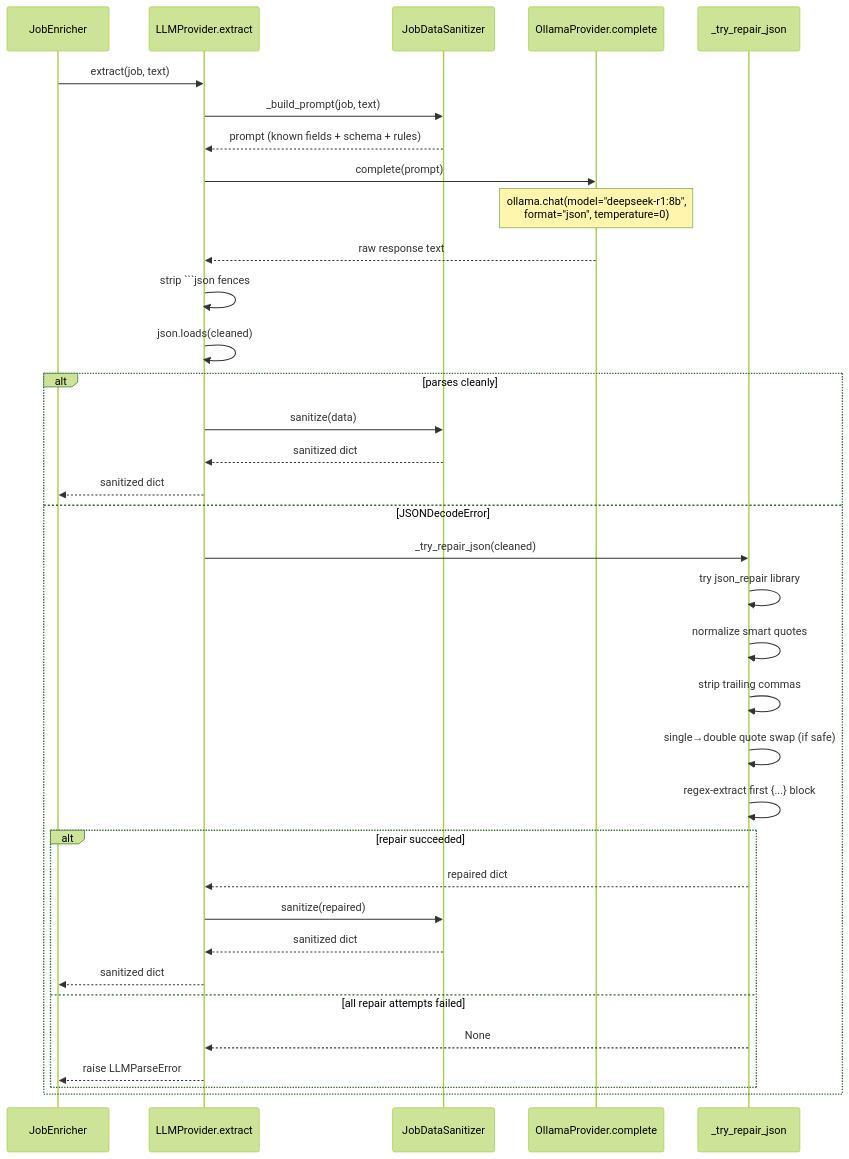
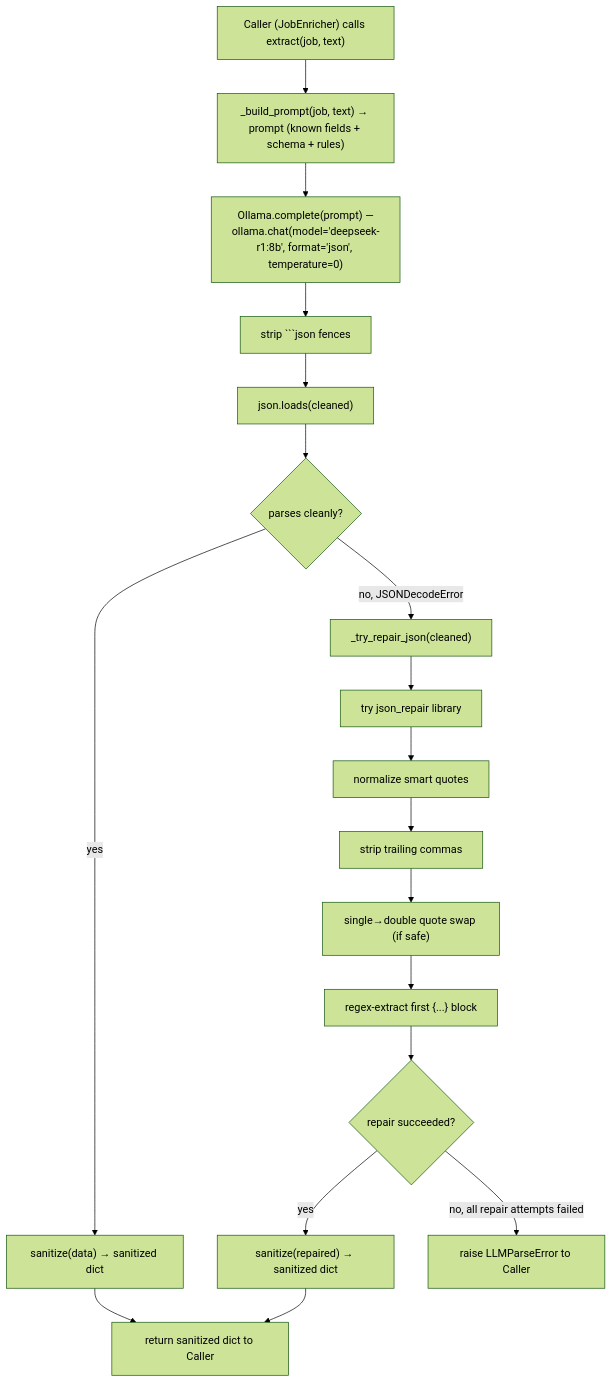
The diagram in docs/diagrams/llm_seq.md (AustinDwomoh/libra), drawn with Mermaid (forest theme) before and after one commit. The commit also changed 17 other files, not shown here.

First line of the commit message:
Convert Mermaid sequences to flowcharts

````diff
--- a/docs/diagrams/llm_seq.md
+++ b/docs/diagrams/llm_seq.md
@@ -1,40 +1,21 @@
 ```mermaid
-%% sequenceDiagram — LLMProvider.extract() with JSON repair pipeline
-sequenceDiagram
-    participant Caller as JobEnricher
-    participant LP as LLMProvider.extract
-    participant San as JobDataSanitizer
-    participant Ollama as OllamaProvider.complete
-    participant Repair as _try_repair_json
-
-    Caller->>LP: extract(job, text)
-    LP->>San: _build_prompt(job, text)
-    San-->>LP: prompt (known fields + schema + rules)
-    LP->>Ollama: complete(prompt)
-    Note over Ollama: ollama.chat(model="deepseek-r1:8b",<br/>format="json", temperature=0)
-    Ollama-->>LP: raw response text
-    LP->>LP: strip ```json fences
-
-    LP->>LP: json.loads(cleaned)
-    alt parses cleanly
-        LP->>San: sanitize(data)
-        San-->>LP: sanitized dict
-        LP-->>Caller: sanitized dict
-    else JSONDecodeError
-        LP->>Repair: _try_repair_json(cleaned)
-        Repair->>Repair: try json_repair library
-        Repair->>Repair: normalize smart quotes
-        Repair->>Repair: strip trailing commas
-        Repair->>Repair: single→double quote swap (if safe)
-        Repair->>Repair: regex-extract first {...} block
-        alt repair succeeded
-            Repair-->>LP: repaired dict
-            LP->>San: sanitize(repaired)
-            San-->>LP: sanitized dict
-            LP-->>Caller: sanitized dict
-        else all repair attempts failed
-            Repair-->>LP: None
-            LP-->>Caller: raise LLMParseError
-        end
-    end
+%% flowchart — LLMProvider.extract() with JSON repair pipeline
+flowchart TD
+    A["Caller (JobEnricher) calls extract(job, text)"] --> B["_build_prompt(job, text) → prompt (known fields + schema + rules)"]
+    B --> C["Ollama.complete(prompt) —<br/>ollama.chat(model='deepseek-r1:8b', format='json', temperature=0)"]
+    C --> D["strip ```json fences"]
+    D --> E["json.loads(cleaned)"]
+    E --> F{parses cleanly?}
+    F -->|yes| G["sanitize(data) → sanitized dict"]
+    G --> H[return sanitized dict to Caller]
+    F -->|no, JSONDecodeError| I["_try_repair_json(cleaned)"]
+    I --> J[try json_repair library]
+    J --> K[normalize smart quotes]
+    K --> L[strip trailing commas]
+    L --> M["single→double quote swap (if safe)"]
+    M --> N["regex-extract first {...} block"]
+    N --> O{repair succeeded?}
+    O -->|yes| P["sanitize(repaired) → sanitized dict"]
+    P --> H
+    O -->|no, all repair attempts failed| Q["raise LLMParseError to Caller"]
 ```
````
